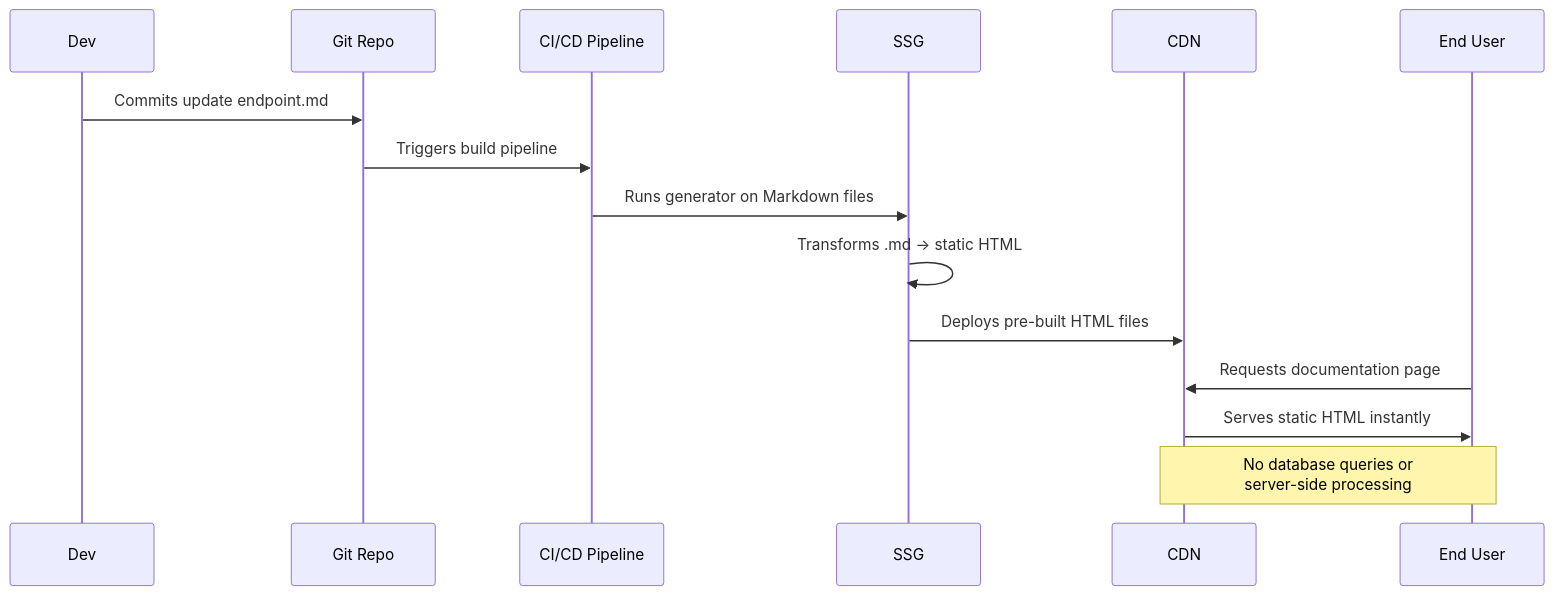
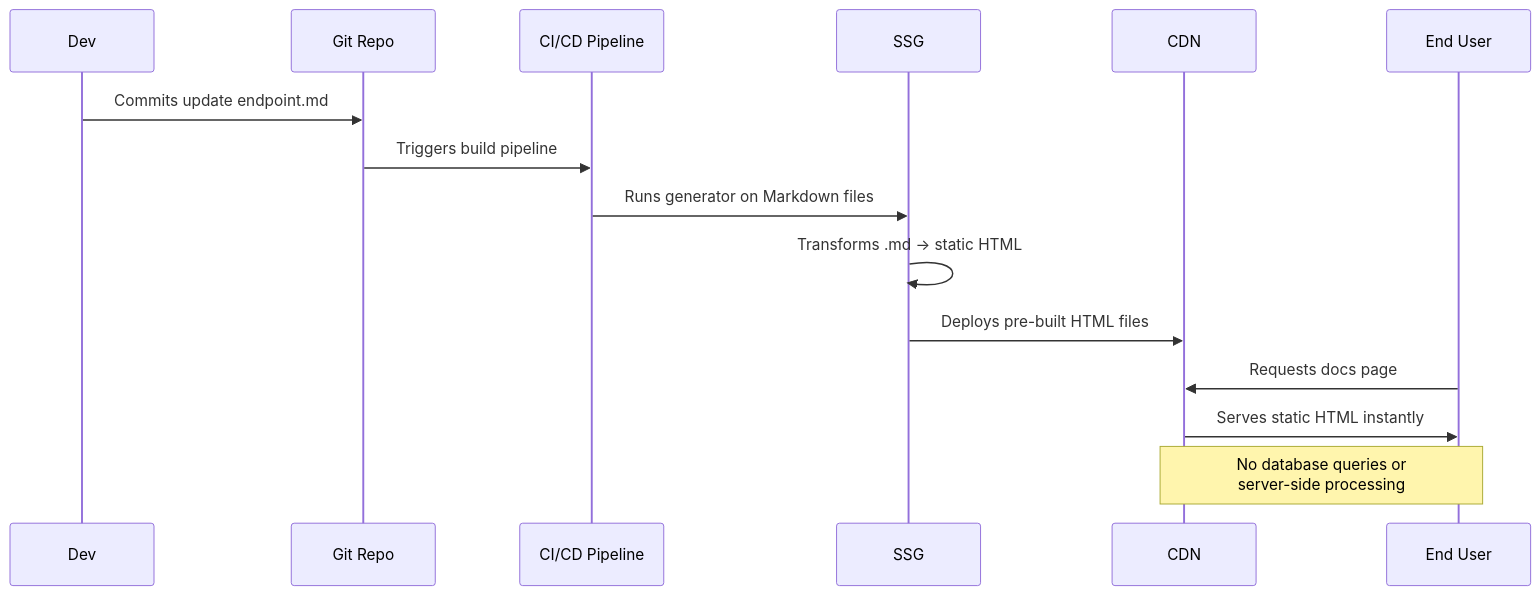
One commit to rhyannonjoy/api-docs-glossary changed the diagram in docs/tools-techniques/documentation-specific.md. Above: the diagram before and after it, drawn with Mermaid. The commit also changed other lines of this file, not shown here.

````diff
--- a/docs/tools-techniques/documentation-specific.md
+++ b/docs/tools-techniques/documentation-specific.md
@@ -485,18 +485,18 @@
 ```mermaid
 sequenceDiagram
     participant Dev as Dev
     participant Repo as Git Repo
     participant CI as CI/CD Pipeline
     participant SSG as SSG
     participant CDN as CDN
     participant User as End User
 
     Dev->>Repo: Commits update endpoint.md
     Repo->>CI: Triggers build pipeline
     CI->>SSG: Runs generator on Markdown files
     SSG->>SSG: Transforms .md → static HTML
     SSG->>CDN: Deploys pre-built HTML files
-    User->>CDN: Requests documentation page
+    User->>CDN: Requests docs page
     CDN->>User: Serves static HTML instantly
     Note over User,CDN: No database queries or<br/>server-side processing
 ```
````
